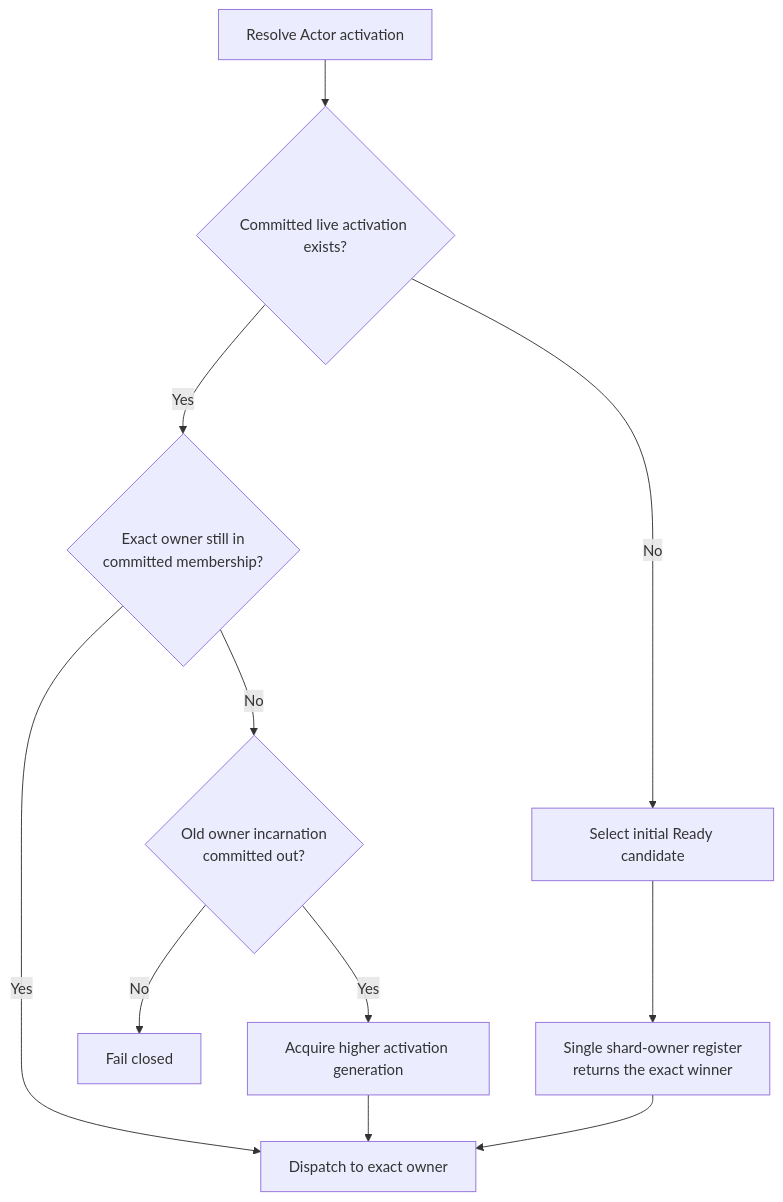
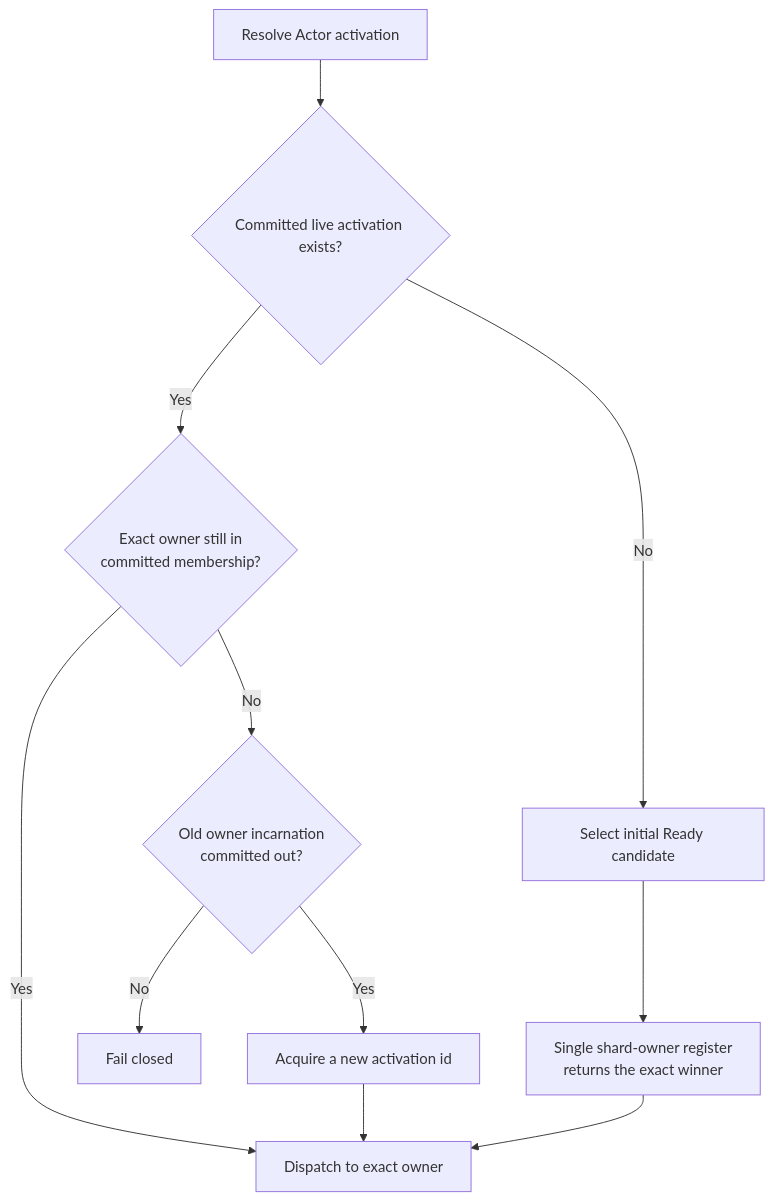
One commit to bruce48x/Lakona changed diagram 13 of 15 in docs/cluster.md. Above: the diagram before and after it, drawn with Mermaid. The commit also changed other lines of this file and 40 other files, not shown here.

````diff
--- a/docs/cluster.md
+++ b/docs/cluster.md
@@ -706,13 +705,13 @@
 ```mermaid
 flowchart TD
     R["Resolve Actor activation"] --> E{"Committed live activation exists?"}
     E -- "Yes" --> V{"Exact owner still in<br/>committed membership?"}
     V -- "Yes" --> D["Dispatch to exact owner"]
     V -- "No" --> F{"Old owner incarnation<br/>committed out?"}
     F -- "No" --> X["Fail closed"]
-    F -- "Yes" --> H["Acquire higher activation generation"]
+    F -- "Yes" --> H["Acquire a new activation id"]
     E -- "No" --> P["Select initial Ready candidate"]
     P --> A["Single shard-owner register<br/>returns the exact winner"]
     A --> D
     H --> D
 ```
````
